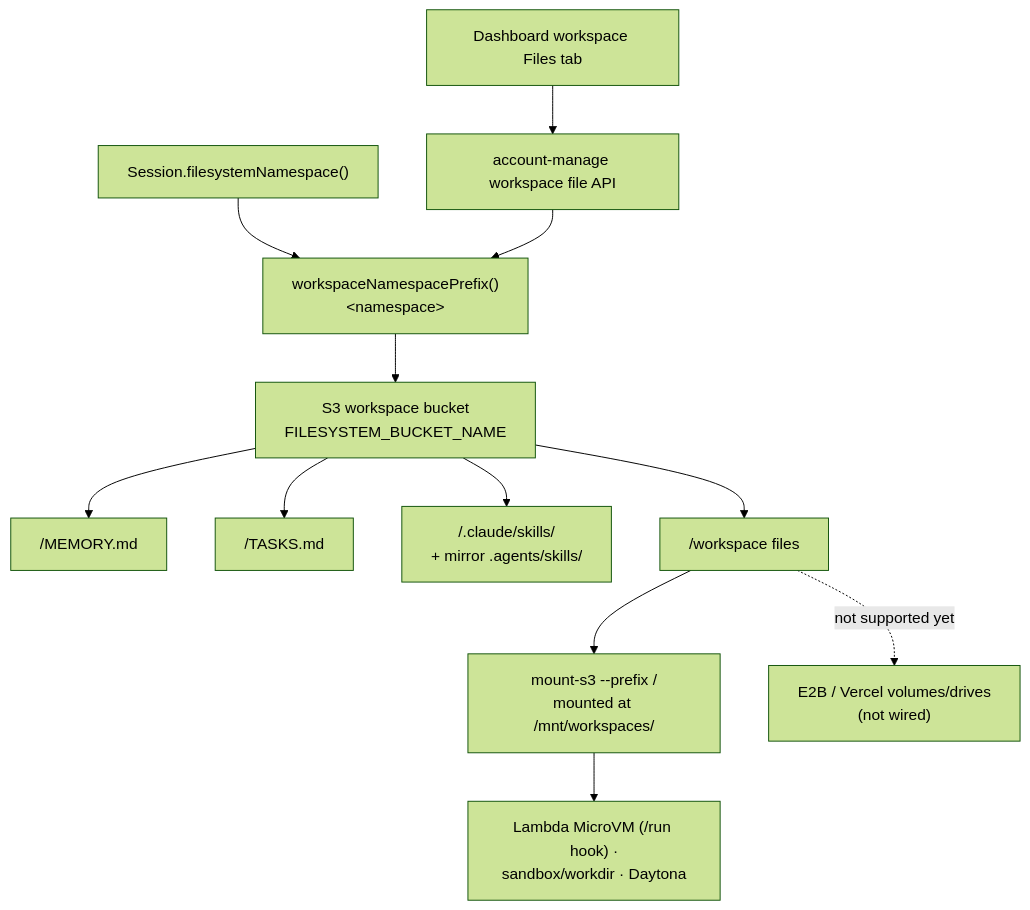
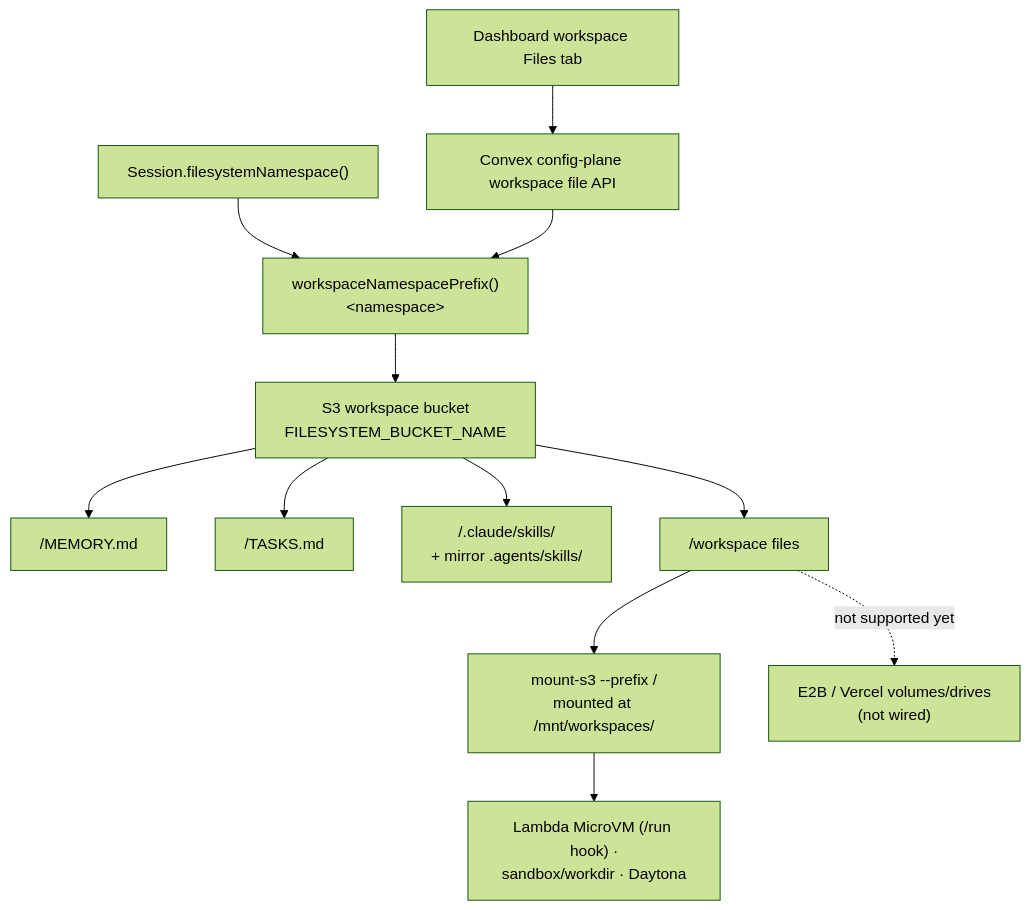
The first of 2 diagrams in apps/docs/docs/workspace/storage.md (beeblastco/broods), drawn with Mermaid (forest theme) before and after one commit. The commit also changed other lines of this file and 45 other files, not shown here.

Commit message:
feat: route config CRUD through Convex HTTP

````diff
--- a/apps/docs/docs/workspace/storage.md
+++ b/apps/docs/docs/workspace/storage.md
@@ -31,14 +31,14 @@
 ```mermaid
 flowchart TD
   Namespace["Session.filesystemNamespace()"] --> Prefix["workspaceNamespacePrefix()<br/>&lt;namespace&gt;"]
   Prefix --> S3["S3 workspace bucket<br/>FILESYSTEM_BUCKET_NAME"]
-  Dashboard["Dashboard workspace Files tab"] --> AccountApi["account-manage workspace file API"]
-  AccountApi --> Prefix
+  Dashboard["Dashboard workspace Files tab"] --> ConfigApi["Convex config-plane workspace file API"]
+  ConfigApi --> Prefix
   S3 --> Memory["<namespace>/MEMORY.md"]
   S3 --> Tasks["<namespace>/TASKS.md"]
   S3 --> Skills["<namespace>/.claude/skills/<name><br/>+ mirror .agents/skills/<name>"]
   S3 --> Files["<namespace>/workspace files"]
   Files --> Mount["mount-s3 --prefix <namespace>/<br/>mounted at /mnt/workspaces/<namespace>"]
   Mount --> Providers["Lambda MicroVM (/run hook) ·<br/>sandbox/workdir · Daytona"]
   Files -.->|"not supported yet"| NativeFS["E2B / Vercel volumes/drives<br/>(not wired)"]
 ```
````
